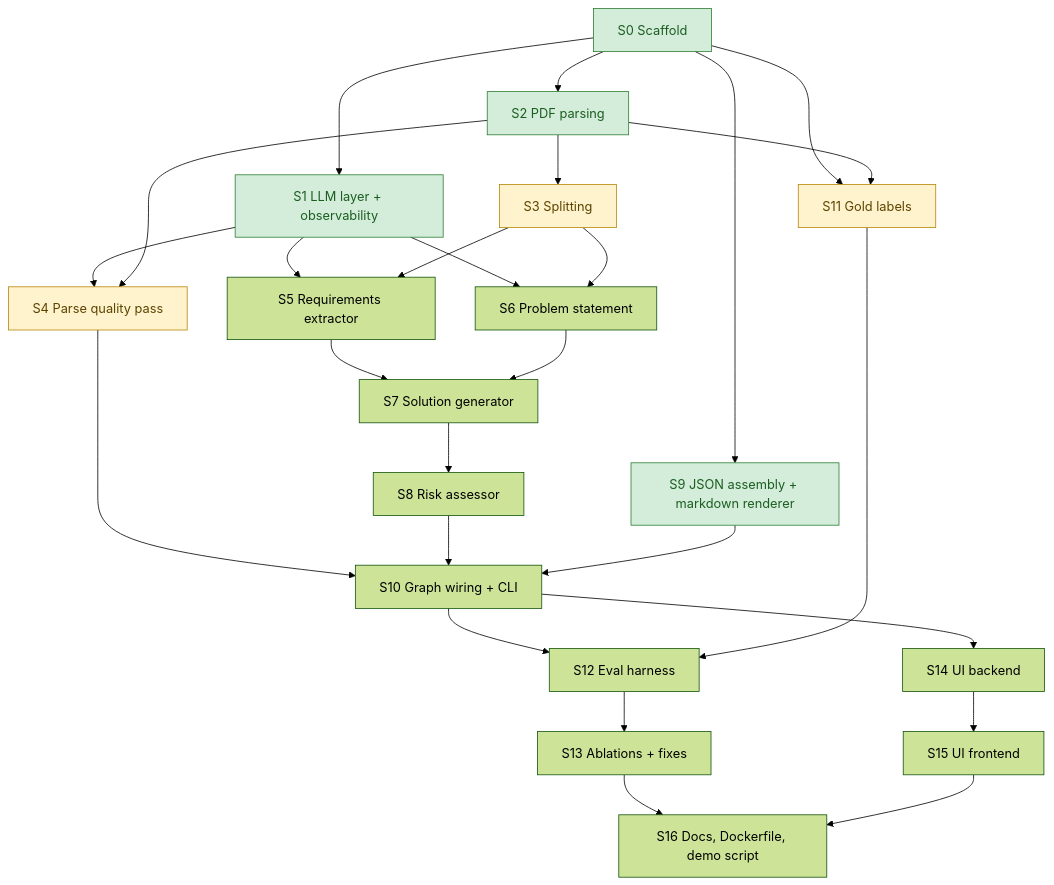
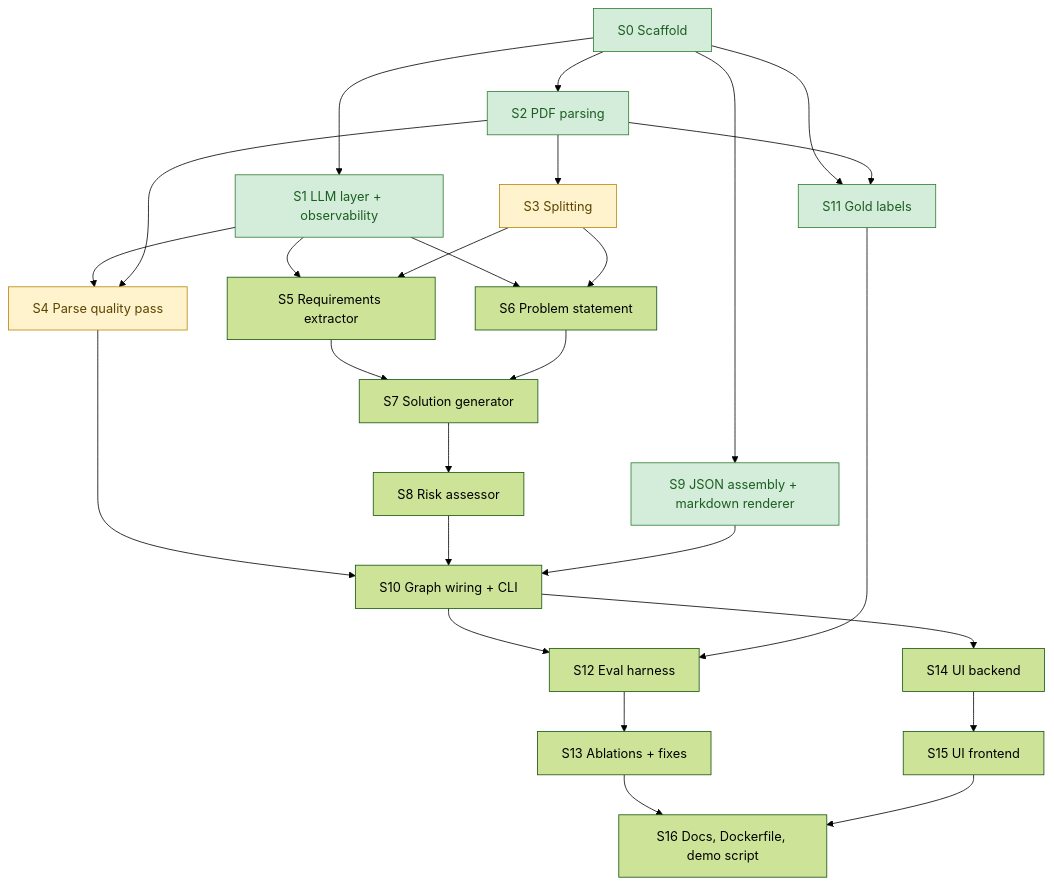
Before and after one commit to lofeodo/rfp-solution-summary-generator: the second of 2 diagrams in docs/ROADMAP.md, drawn with Mermaid (forest theme). The commit also changed other lines of this file and 6 other files, not shown here.

Commit message:
S11: roadmap done, decisions D23 and F4-F5, prompt notes, assumptions, time log, README

````diff
--- a/docs/ROADMAP.md
+++ b/docs/ROADMAP.md
@@ -82,33 +82,33 @@
 ```mermaid
 flowchart TD
     S0[S0 Scaffold] --> S1[S1 LLM layer + observability]
     S0 --> S2[S2 PDF parsing]
     S0 --> S9[S9 JSON assembly + markdown renderer]
     S0 --> S11[S11 Gold labels]
     S2 --> S3[S3 Splitting]
     S1 --> S4[S4 Parse quality pass]
     S2 --> S4
     S1 --> S5[S5 Requirements extractor]
     S3 --> S5
     S1 --> S6[S6 Problem statement]
     S3 --> S6
     S5 --> S7[S7 Solution generator]
     S6 --> S7
     S7 --> S8[S8 Risk assessor]
     S4 --> S10[S10 Graph wiring + CLI]
     S8 --> S10
     S9 --> S10
     S2 --> S11
     S10 --> S12[S12 Eval harness]
     S11 --> S12
     S12 --> S13[S13 Ablations + fixes]
     S10 --> S14[S14 UI backend]
     S14 --> S15[S15 UI frontend]
     S13 --> S16[S16 Docs, Dockerfile, demo script]
     S15 --> S16
 
     classDef done fill:#d4edda,stroke:#2e7d32,color:#1b5e20
     classDef ready fill:#fff3cd,stroke:#b8860b,color:#5c4400
-    class S0,S1,S2,S9 done
-    class S3,S4,S11 ready
+    class S0,S1,S2,S9,S11 done
+    class S3,S4 ready
 ```
````
